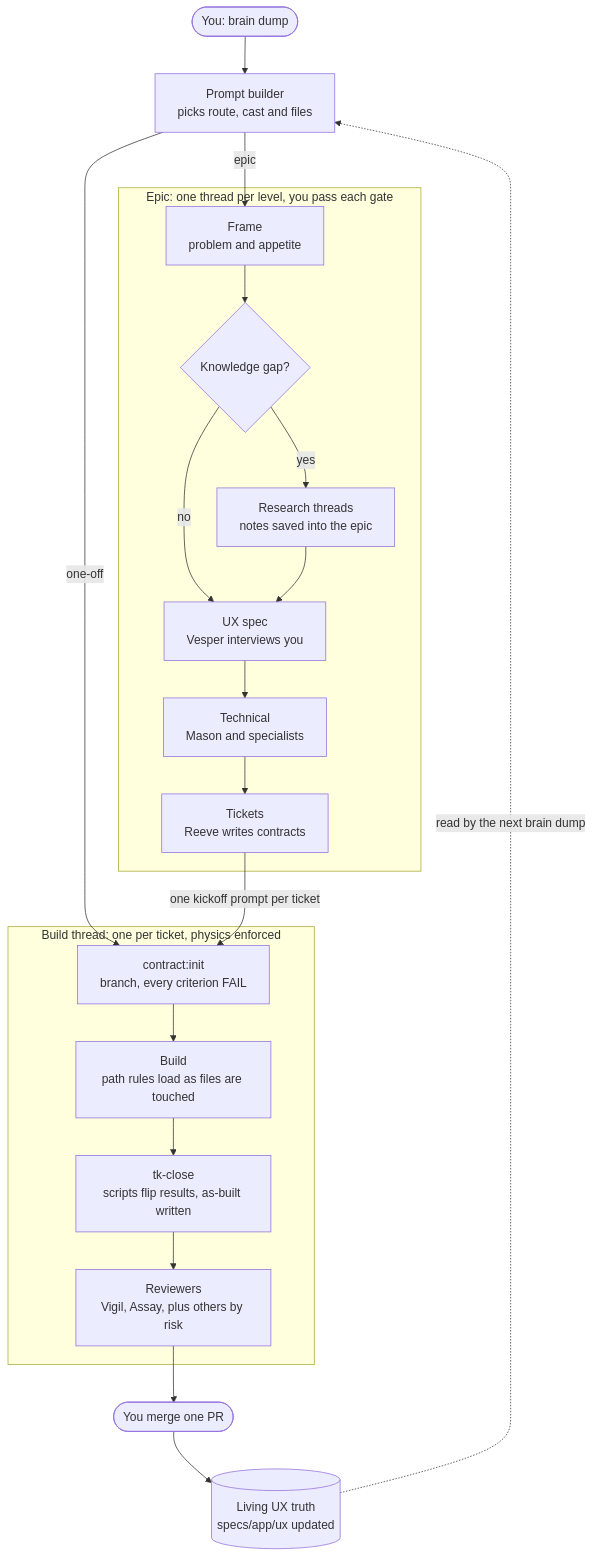
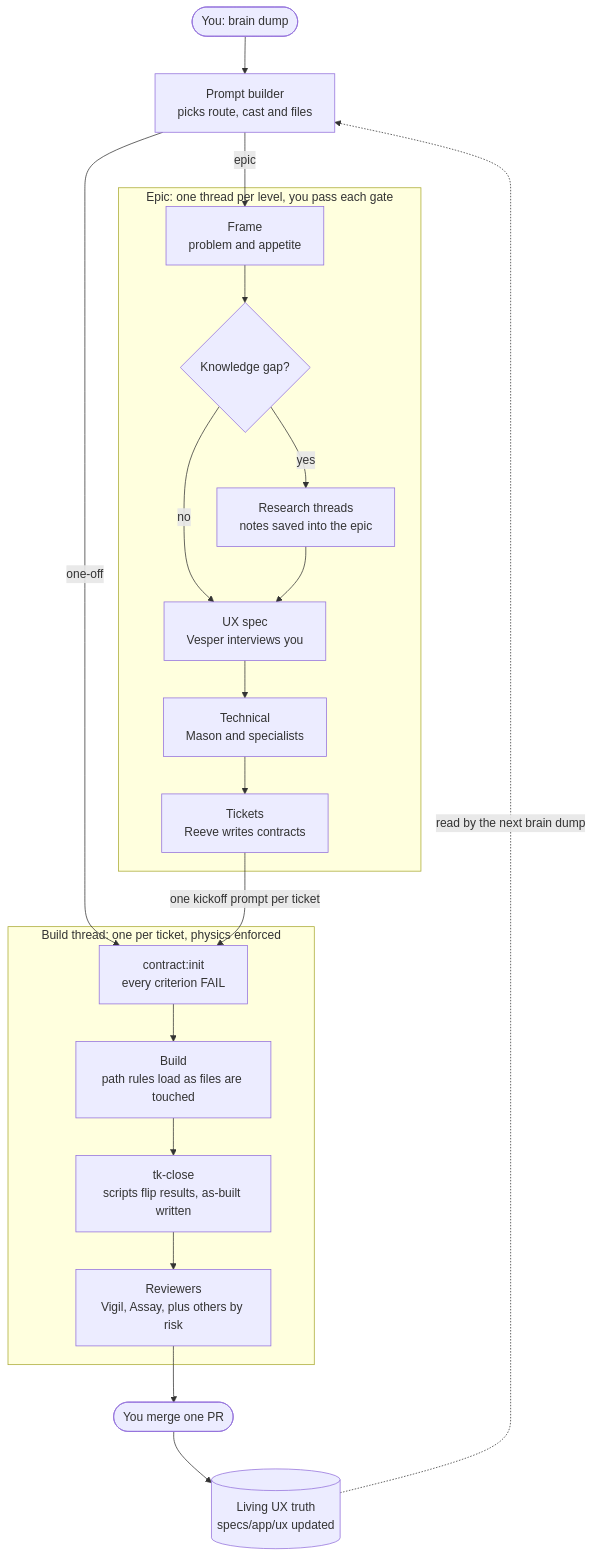
One commit to tayloraucoin/product-engineering-mastery changed the diagram in docs/workflows/README.md. Above: the diagram before and after it, drawn with Mermaid. The commit also changed 11 other files, not shown here.

````diff
--- a/docs/workflows/README.md
+++ b/docs/workflows/README.md
@@ -53,23 +53,23 @@
 ```mermaid
 flowchart TD
   you(["You: brain dump"]) --> pb["Prompt builder<br/>picks route, cast and files"]
   pb -->|"one-off"| init
   pb -->|"epic"| frame
   subgraph EPIC["Epic: one thread per level, you pass each gate"]
     frame["Frame<br/>problem and appetite"] --> gap{"Knowledge gap?"}
     gap -->|"yes"| research["Research threads<br/>notes saved into the epic"]
     gap -->|"no"| ux
     research --> ux["UX spec<br/>Vesper interviews you"]
     ux --> tech["Technical<br/>Mason and specialists"]
     tech --> tix["Tickets<br/>Reeve writes contracts"]
   end
   tix -->|"one kickoff prompt per ticket"| init
   subgraph BUILD["Build thread: one per ticket, physics enforced"]
-    init["contract:init<br/>branch, every criterion FAIL"] --> build["Build<br/>path rules load as files are touched"]
+    init["contract:init<br/>every criterion FAIL"] --> build["Build<br/>path rules load as files are touched"]
     build --> close["tk-close<br/>scripts flip results, as-built written"]
     close --> rev["Reviewers<br/>Vigil, Assay, plus others by risk"]
   end
   rev --> merge(["You merge one PR"])
   merge --> truth[("Living UX truth<br/>specs/app/ux updated")]
   truth -.->|"read by the next brain dump"| pb
 ```
````
